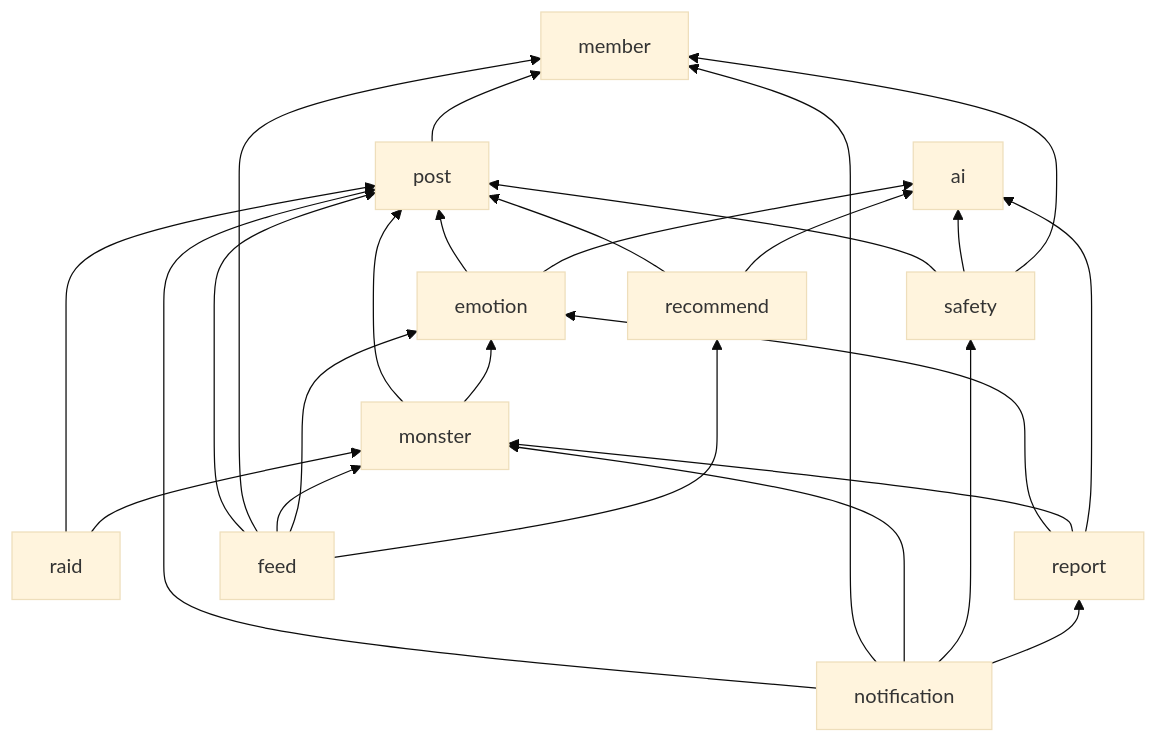
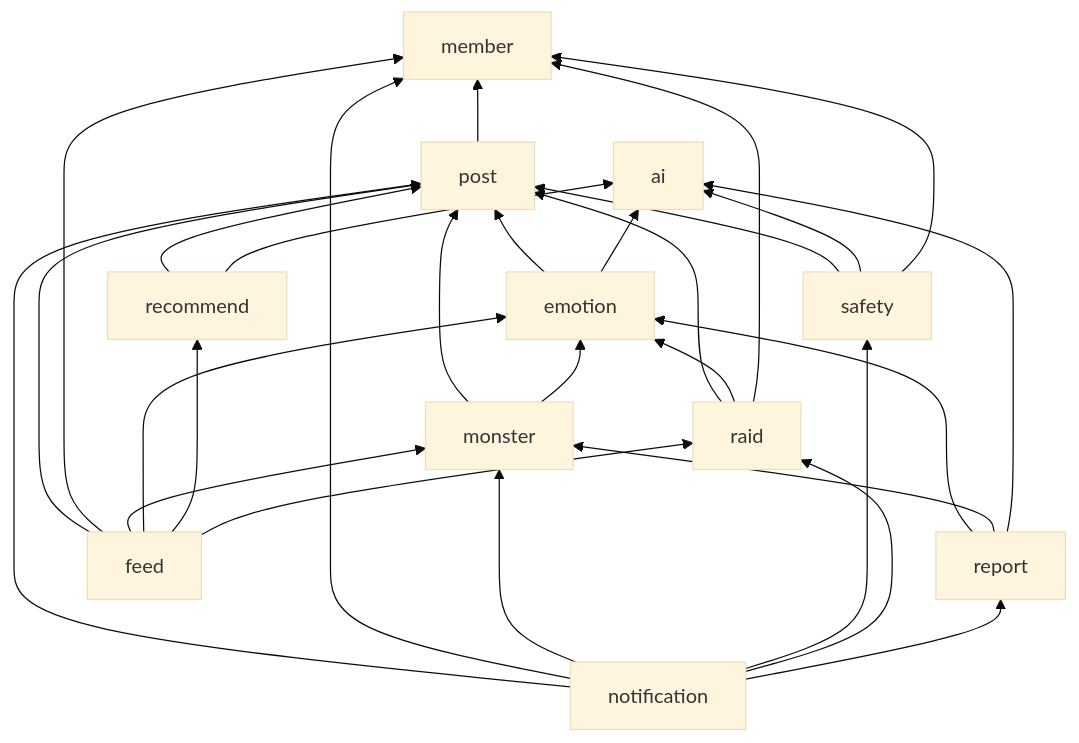
One commit to hyunolike/5959 changed the second of 5 diagrams in docs/architecture/overview.md. Above: the diagram before and after it, drawn with Mermaid (base theme). The commit also changed other lines of this file and 114 other files, not shown here.

````diff
--- a/docs/architecture/overview.md
+++ b/docs/architecture/overview.md
@@ -135,28 +135,31 @@
 ```mermaid
 flowchart BT
     post --> member
     emotion --> post
     emotion --> ai
     safety --> post
     safety --> ai
     safety --> member
     recommend --> post
     recommend --> ai
     monster --> post
     monster --> emotion
     raid --> post
-    raid --> monster
+    raid --> emotion
+    raid --> member
     report --> emotion
     report --> monster
     report --> ai
     notification --> post
     notification --> member
     notification --> monster
     notification --> safety
+    notification --> raid
     notification --> report
     feed --> post
     feed --> member
     feed --> monster
     feed --> emotion
     feed --> recommend
+    feed --> raid
 ```
````
